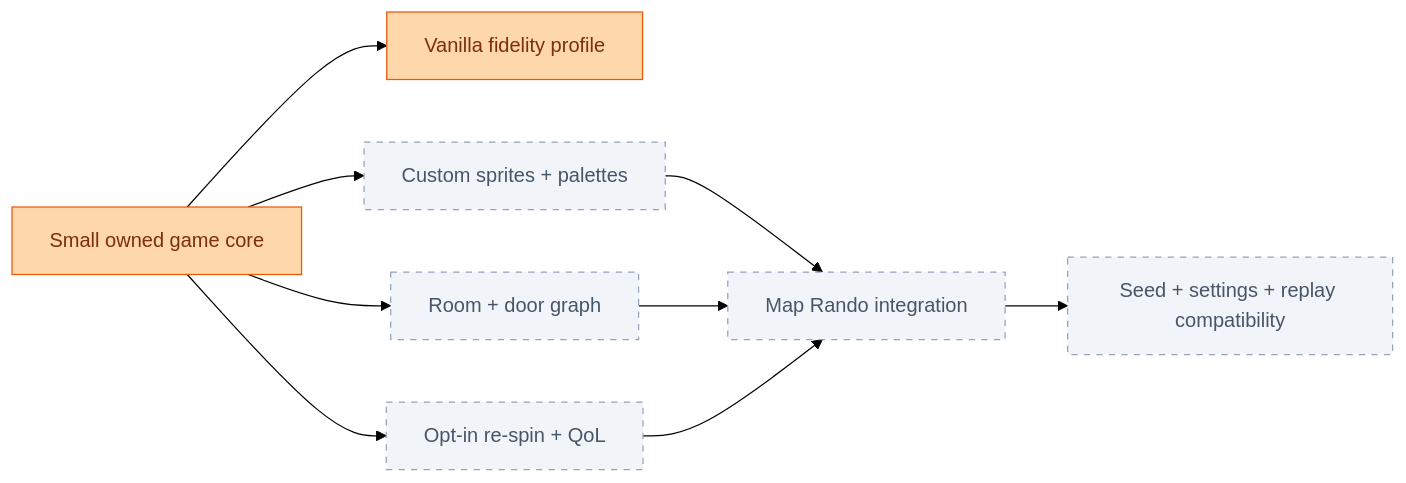
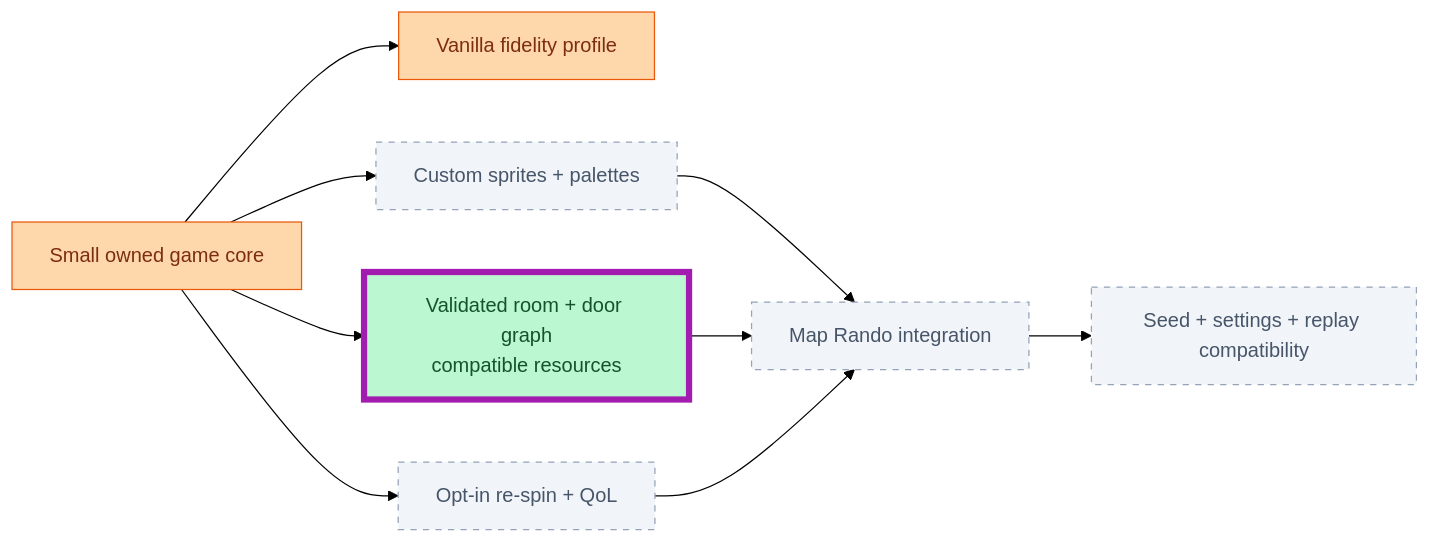
The first of 20 diagrams in PROGRESS.md (JimLundin/sm-decomp), drawn with Mermaid (forest theme) before and after one commit. The commit also changed other lines of this file and 61 other files, not shown here.

````diff
--- a/PROGRESS.md
+++ b/PROGRESS.md
@@ -8,15 +8,17 @@
 ```mermaid
 flowchart LR
     CORE["Small owned game core"]:::active
     CORE --> VANILLA["Vanilla fidelity profile"]:::active
     CORE --> MEDIA["Custom sprites + palettes"]:::pending
-    CORE --> WORLD["Room + door graph"]:::pending
+    CORE --> WORLD["Validated room + door graph<br/>compatible resources"]:::done
     CORE --> RULES["Opt-in re-spin + QoL"]:::pending
     MEDIA --> MR["Map Rando integration"]:::pending
     WORLD --> MR
     RULES --> MR
     MR --> REPLAY["Seed + settings + replay compatibility"]:::pending
+    class WORLD changed
+    classDef done fill:#bbf7d0,stroke:#15803d,color:#14532d
     classDef active fill:#fed7aa,stroke:#ea580c,color:#7c2d12
     classDef pending fill:#f1f5f9,stroke:#94a3b8,color:#475569,stroke-dasharray:5 5
     classDef changed stroke:#a21caf,stroke-width:5px
 ```
````
